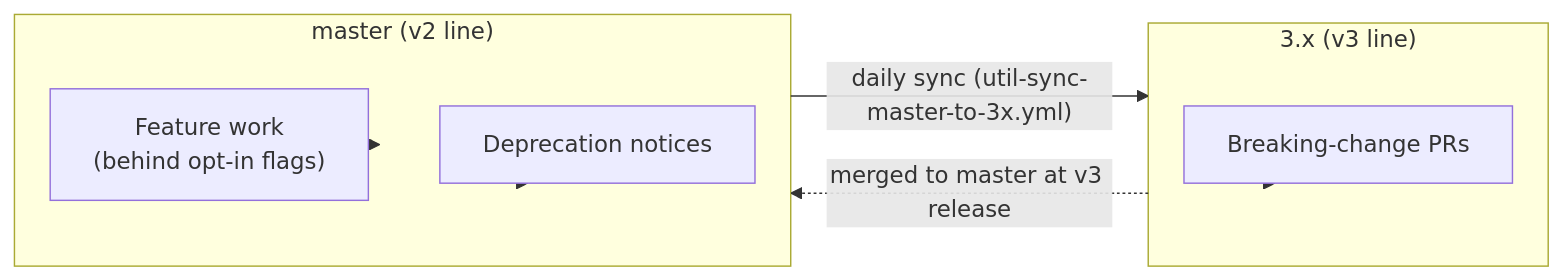
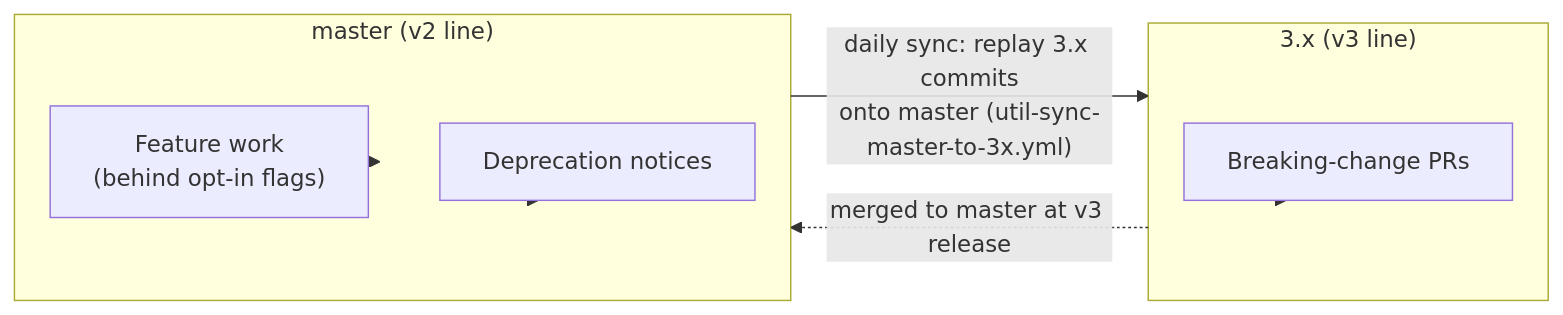
The diagram in .github/DEVELOPING_V3.md (ggrace519/n8n), drawn with Mermaid before and after one commit. The commit also changed other lines of this file and 6 other files, not shown here.

Commit message:
ci: Replay 3.x onto master instead of merging into it (no-changelog) (#35435)

````diff
--- a/.github/DEVELOPING_V3.md
+++ b/.github/DEVELOPING_V3.md
@@ -19,15 +19,15 @@
 ```mermaid
 flowchart LR
     subgraph master["master (v2 line)"]
         F["Feature work<br/>(behind opt-in flags)"]
         D["Deprecation notices"]
     end
     subgraph threex["3.x (v3 line)"]
         B["Breaking-change PRs"]
     end
     F --> master
     D --> master
-    master -- "daily sync (util-sync-master-to-3x.yml)" --> threex
+    master -- "daily sync: replay 3.x commits<br/>onto master (util-sync-master-to-3x.yml)" --> threex
     B --> threex
     threex -. "merged to master at v3 release" .-> master
 ```
````
